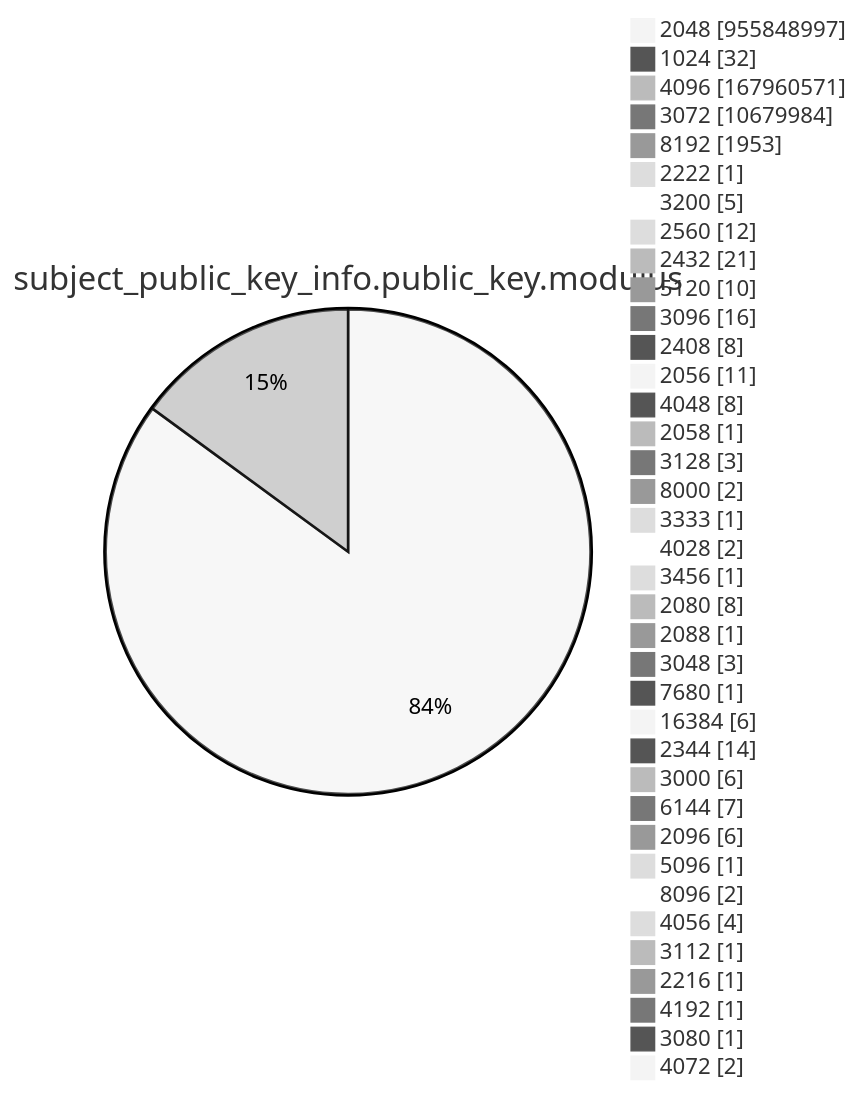
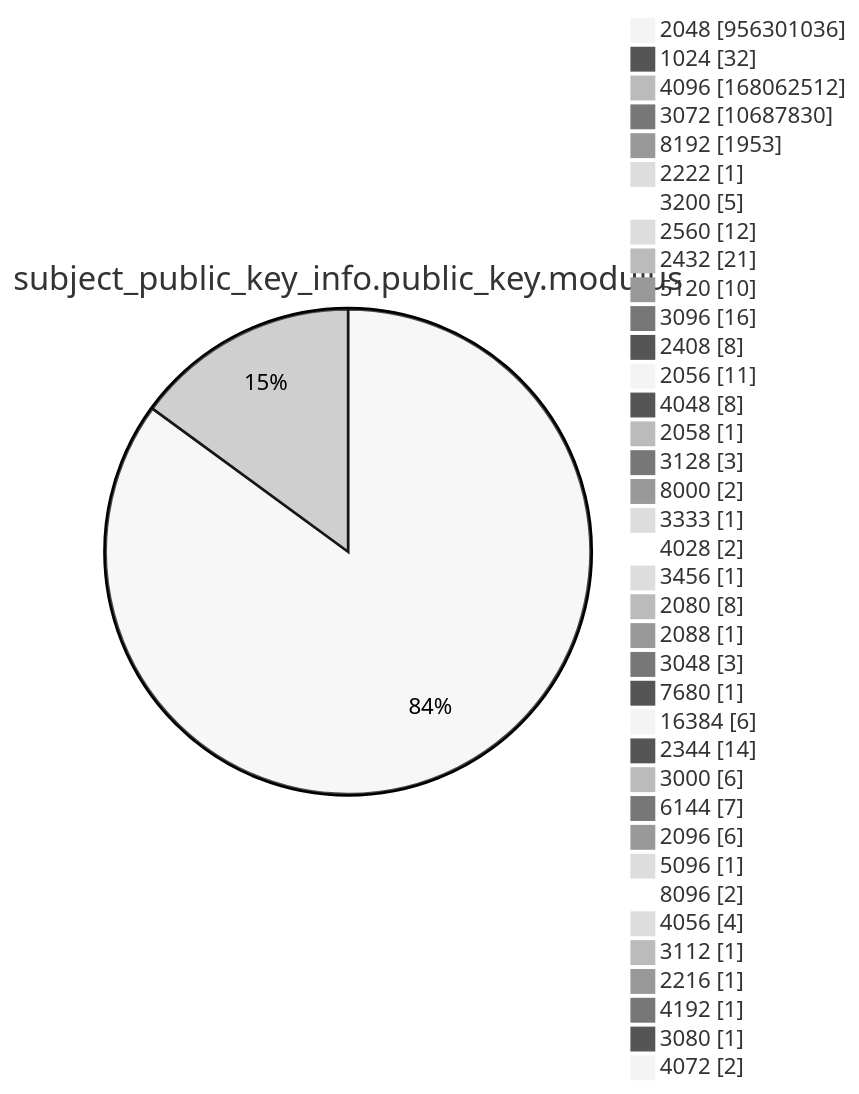
Diagram 13 of 15 in argon2022/README.md (christiankrug/ctmonitor_visualization), drawn with Mermaid (neutral theme) before and after one commit. The commit also changed other lines of this file, not shown here.

````diff
--- a/argon2022/README.md
+++ b/argon2022/README.md
@@ -3586,41 +3586,41 @@
 ```mermaid
 pie showData
 title subject_public_key_info.public_key.modulus
-"2048" :955848997
+"2048" :956301036
 "1024" :32
-"4096" :167960571
-"3072" :10679984
+"4096" :168062512
+"3072" :10687830
 "8192" :1953
 "2222" :1
 "3200" :5
 "2560" :12
 "2432" :21
 "5120" :10
 "3096" :16
 "2408" :8
 "2056" :11
 "4048" :8
 "2058" :1
 "3128" :3
 "8000" :2
 "3333" :1
 "4028" :2
 "3456" :1
 "2080" :8
 "2088" :1
 "3048" :3
 "7680" :1
 "16384" :6
 "2344" :14
 "3000" :6
 "6144" :7
 "2096" :6
 "5096" :1
 "8096" :2
 "4056" :4
 "3112" :1
 "2216" :1
 "4192" :1
 "3080" :1
 "4072" :2
 ```
````
